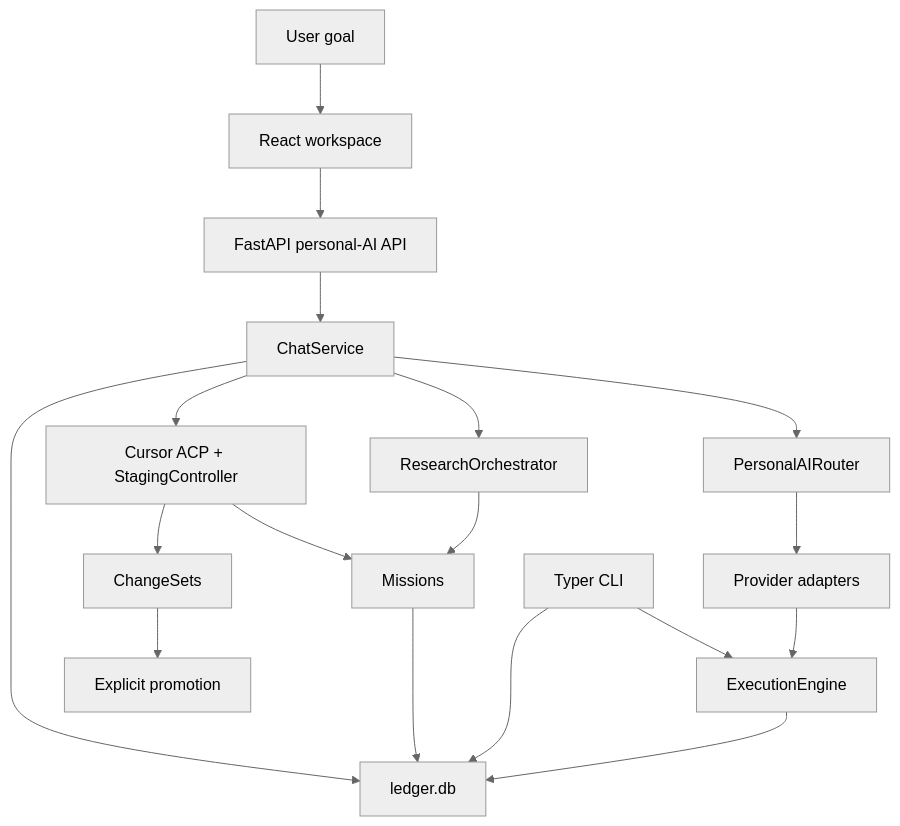
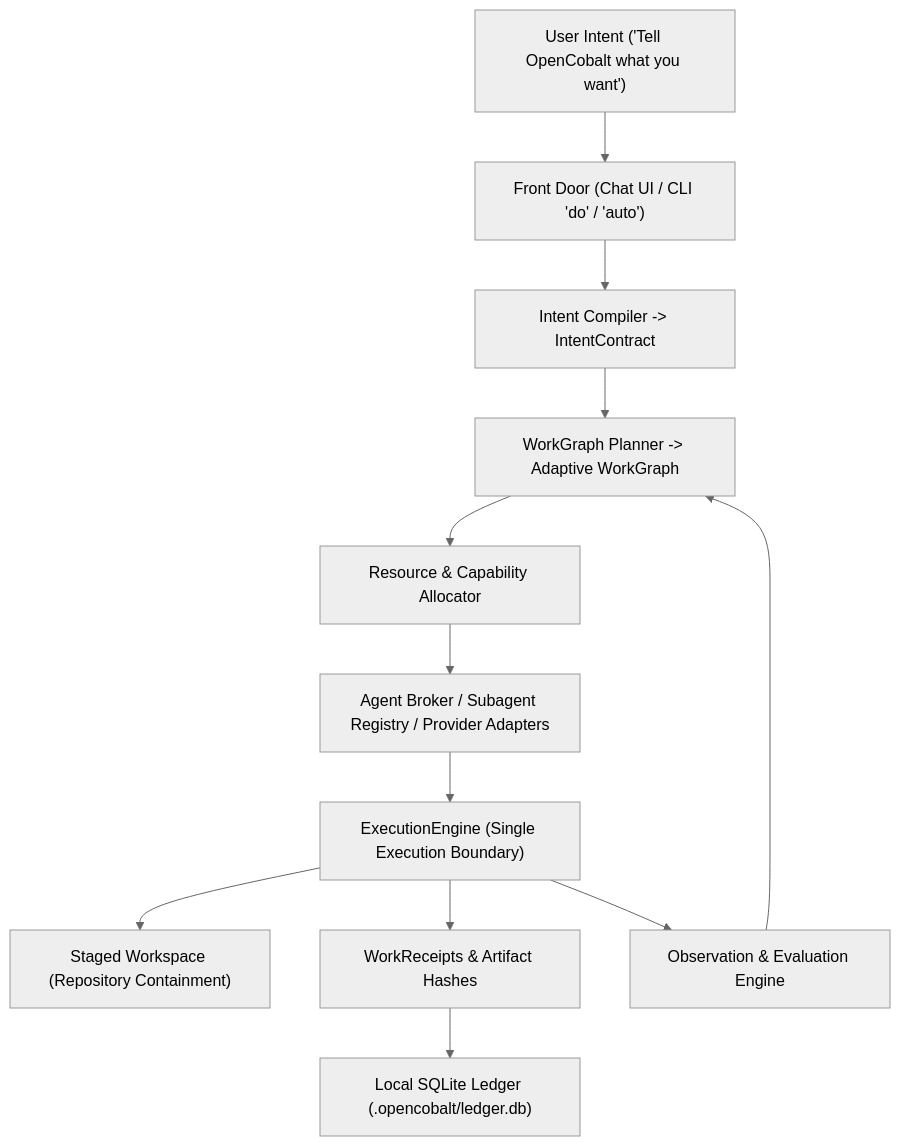
One commit to moderqtor/OpenCobalt changed the diagram in docs/ARCHITECTURE.md. Above: the diagram before and after it, drawn with Mermaid (neutral theme). The commit also changed other lines of this file and 9 other files, not shown here.

````diff
--- a/docs/ARCHITECTURE.md
+++ b/docs/ARCHITECTURE.md
@@ -14,20 +13,14 @@
 ```mermaid
 flowchart TD
-    User["User goal"] --> UI["React workspace"]
-    UI --> API["FastAPI personal-AI API"]
-    API --> Chat["ChatService"]
-    Chat --> Router["PersonalAIRouter"]
-    Router --> Providers["Provider adapters"]
-    Providers --> Engine["ExecutionEngine"]
-    Chat --> Research["ResearchOrchestrator"]
-    Chat --> Coding["Cursor ACP + StagingController"]
-    Research --> Missions["Missions"]
-    Coding --> Missions
-    Coding --> ChangeSets["ChangeSets"]
-    ChangeSets --> Promote["Explicit promotion"]
-    Engine --> Ledger["ledger.db"]
-    Chat --> Ledger
-    Missions --> Ledger
-    CLI["Typer CLI"] --> Engine
-    CLI --> Ledger
+    User["User Intent ('Tell OpenCobalt what you want')"] --> FrontDoor["Front Door (Chat UI / CLI 'do' / 'auto')"]
+    FrontDoor --> IntentComp["Intent Compiler -> IntentContract"]
+    IntentComp --> GraphPlan["WorkGraph Planner -> Adaptive WorkGraph"]
+    GraphPlan --> Allocator["Resource & Capability Allocator"]
+    Allocator --> Broker["Agent Broker / Subagent Registry / Provider Adapters"]
+    Broker --> Engine["ExecutionEngine (Single Execution Boundary)"]
+    Engine --> Staging["Staged Workspace (Repository Containment)"]
+    Engine --> Receipts["WorkReceipts & Artifact Hashes"]
+    Receipts --> Ledger["Local SQLite Ledger (.opencobalt/ledger.db)"]
+    Engine --> Eval["Observation & Evaluation Engine"]
+    Eval --> GraphPlan
 ```
````
